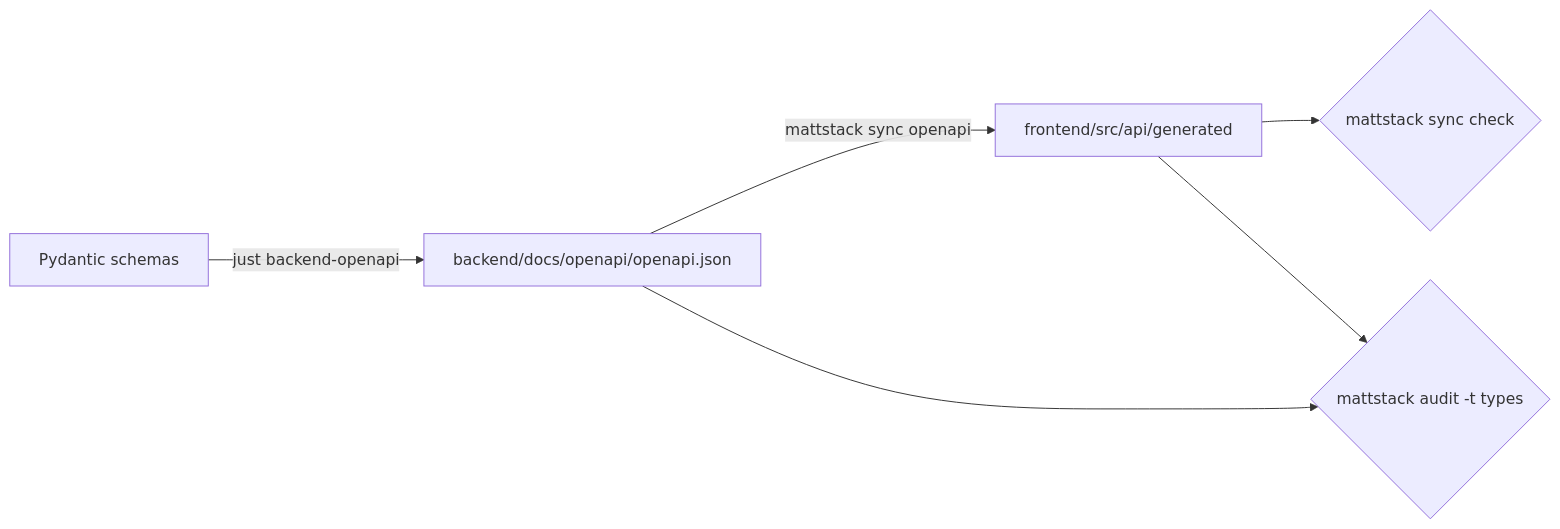
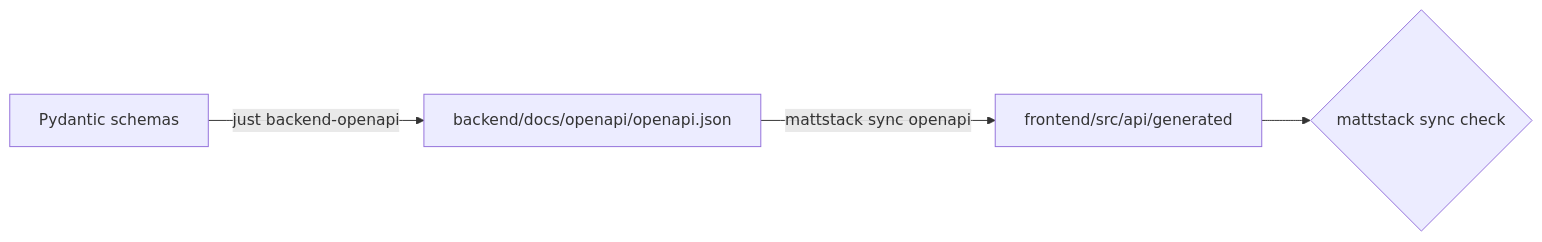
Before and after one commit to mattjaikaran/mattstack-cli: the fourth of 4 diagrams in docs/architecture.md, drawn with Mermaid. The commit also changed other lines of this file and 61 other files, not shown here.

````diff
--- a/docs/architecture.md
+++ b/docs/architecture.md
@@ -318,8 +318,6 @@
 ```mermaid
 flowchart LR
   P[Pydantic schemas] -->|just backend-openapi| O[backend/docs/openapi/openapi.json]
   O -->|mattstack sync openapi| G[frontend/src/api/generated]
   G --> C{mattstack sync check}
-  O --> A{mattstack audit -t types}
-  G --> A
 ```
````
